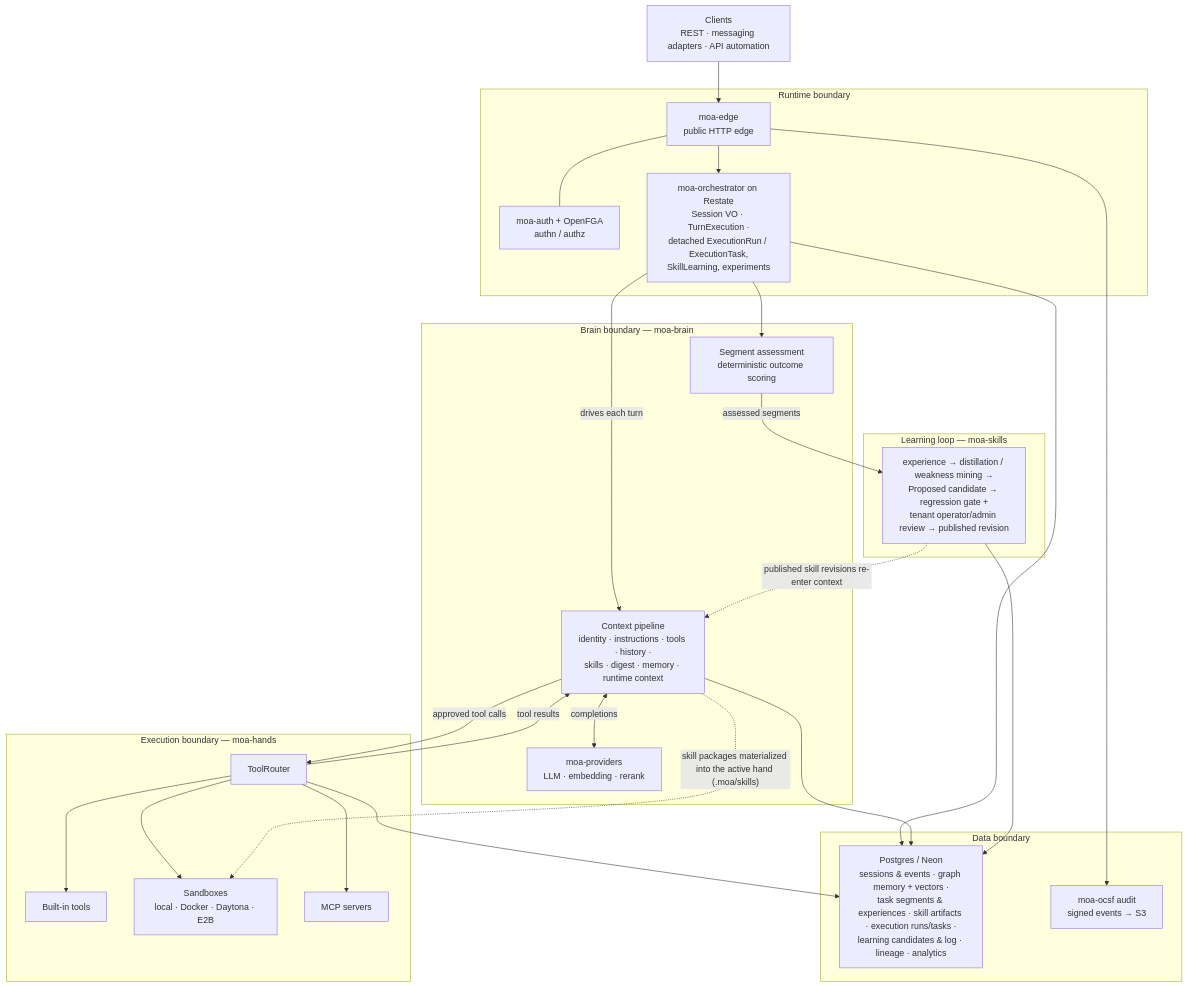
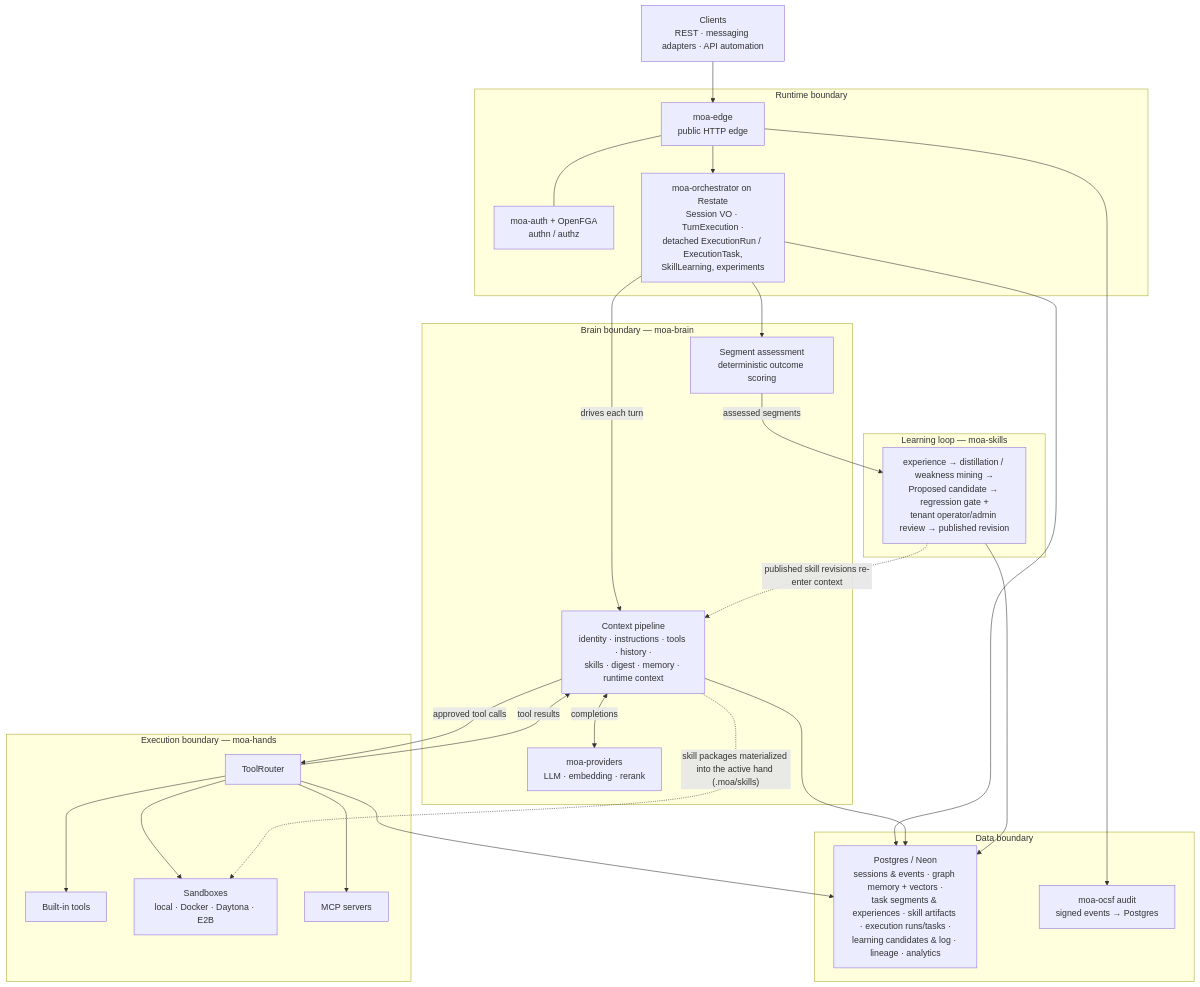
The first of 3 diagrams in ARCHITECTURE.md (hwuiwon/moa), drawn with Mermaid before and after one commit. The commit also changed other lines of this file and 20 other files, not shown here.

````diff
--- a/ARCHITECTURE.md
+++ b/ARCHITECTURE.md
@@ -31,52 +31,52 @@
 ```mermaid
 flowchart TB
     Clients["Clients<br/>REST · messaging adapters · API automation"]
 
     subgraph Runtime["Runtime boundary"]
         Edge["moa-edge<br/>public HTTP edge"]
         Auth["moa-auth + OpenFGA<br/>authn / authz"]
         Orchestrator["moa-orchestrator on Restate<br/>Session VO · TurnExecution ·<br/>detached ExecutionRun / ExecutionTask,<br/>SkillLearning, experiments"]
     end
 
     subgraph Brain["Brain boundary — moa-brain"]
         Pipeline["Context pipeline<br/>identity · instructions · tools · history ·<br/>skills · digest · memory · runtime context"]
         Providers["moa-providers<br/>LLM · embedding · rerank"]
         Assess["Segment assessment<br/>deterministic outcome scoring"]
     end
 
     subgraph Hands["Execution boundary — moa-hands"]
         Router["ToolRouter"]
         Builtin["Built-in tools"]
         Sandboxes["Sandboxes<br/>local · Docker · Daytona · E2B"]
         MCP["MCP servers"]
     end
 
     subgraph Learning["Learning loop — moa-skills"]
         Loop["experience → distillation / weakness mining →<br/>Proposed candidate → regression gate +<br/>tenant operator/admin review → published revision"]
     end
 
     subgraph Data["Data boundary"]
         PG["Postgres / Neon<br/>sessions & events · graph memory + vectors ·<br/>task segments & experiences · skill artifacts · execution runs/tasks ·<br/>learning candidates & log · lineage · analytics"]
-        Audit["moa-ocsf audit<br/>signed events → S3"]
+        Audit["moa-ocsf audit<br/>signed events → Postgres"]
     end
 
     Clients --> Edge
     Edge --- Auth
     Edge --> Orchestrator
     Orchestrator -->|drives each turn| Pipeline
     Pipeline <-->|completions| Providers
     Pipeline -->|approved tool calls| Router
     Router -->|tool results| Pipeline
     Router --> Builtin
     Router --> Sandboxes
     Router --> MCP
     Pipeline -.->|"skill packages materialized into the active hand (.moa/skills)"| Sandboxes
     Orchestrator --> Assess
     Assess -->|assessed segments| Loop
     Loop -.->|published skill revisions re-enter context| Pipeline
     Orchestrator --> PG
     Pipeline --> PG
     Router --> PG
     Loop --> PG
     Edge --> Audit
 ```
````
